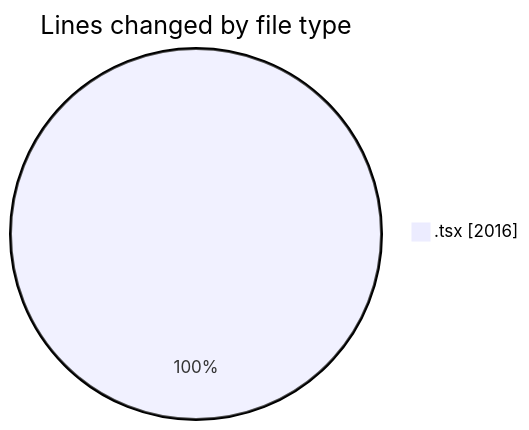
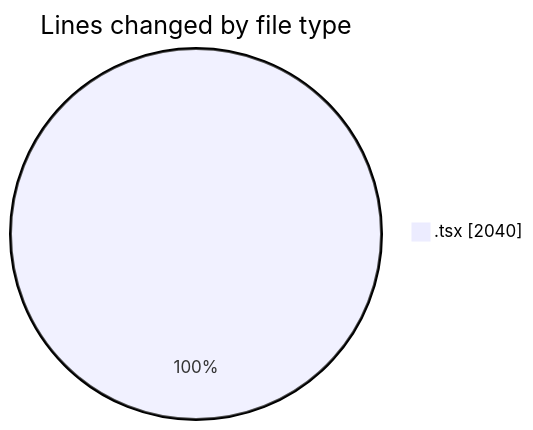
One commit to nxtqubesakshisongat/code-tracking changed the first of 2 diagrams in 2026-03-22/nxtqube_webapp/README.md. Above: the diagram before and after it, drawn with Mermaid. The commit also changed other lines of this file and 1 other file, not shown here.

````diff
--- a/2026-03-22/nxtqube_webapp/README.md
+++ b/2026-03-22/nxtqube_webapp/README.md
@@ -22,5 +22,5 @@
 ```mermaid
 pie showData
 title Lines changed by file type
-".tsx" : 2016
+".tsx" : 2040
 ```
````
